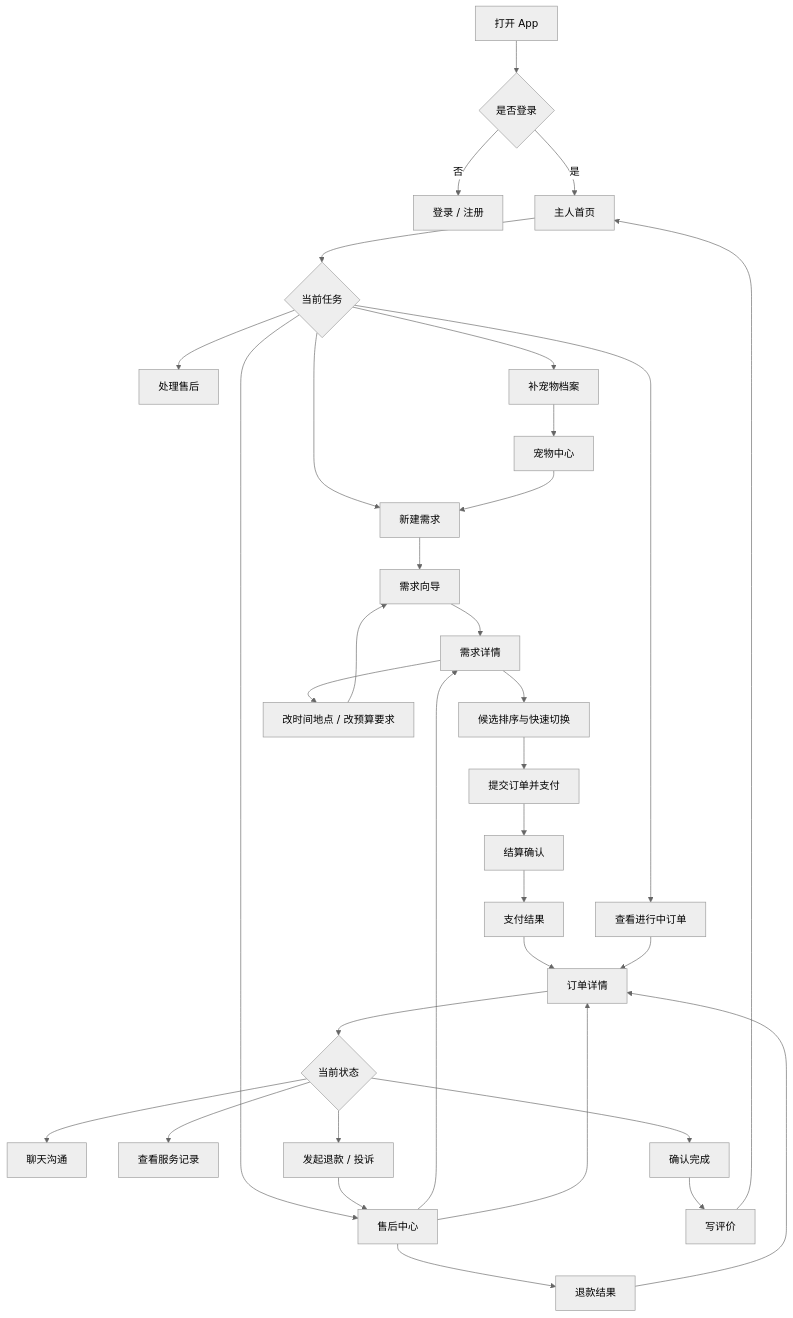
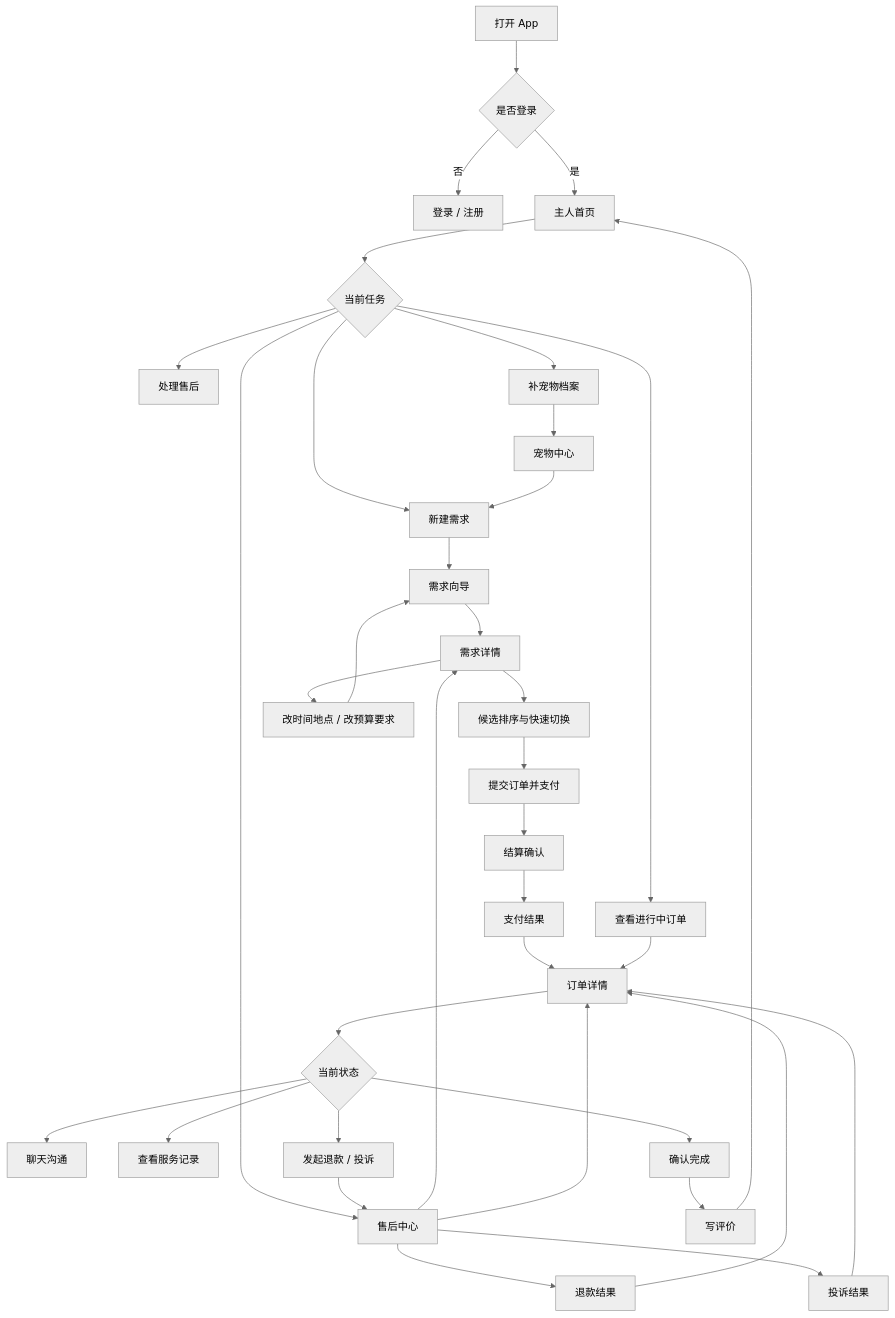
Before and after one commit to pqcqaq/PetPal: the first of 10 diagrams in apps/docs/project/PetPal-Frontend-Blueprint.md, drawn with Mermaid (neutral theme). The commit also changed other lines of this file and 10 other files, not shown here.

````diff
--- a/apps/docs/project/PetPal-Frontend-Blueprint.md
+++ b/apps/docs/project/PetPal-Frontend-Blueprint.md
@@ -86,36 +86,38 @@
 ```mermaid
 flowchart TD
     A[打开 App] --> B{是否登录}
     B -- 否 --> C[登录 / 注册]
     B -- 是 --> D[主人首页]
     D --> E{当前任务}
     E --> F[新建需求]
     E --> G[查看进行中订单]
     E --> H[处理售后]
     E --> I[补宠物档案]
     E --> W[继续已有需求]
     I --> J[宠物中心]
     J --> F
     F --> K[需求向导]
     K --> X[需求详情]
     W --> X
     X --> L[候选排序与快速切换]
     L --> M[提交订单并支付]
     X --> Y[改时间地点 / 改预算要求]
     Y --> K
     M --> N[结算确认]
     N --> O[支付结果]
     O --> P[订单详情]
     G --> P
     P --> Q{当前状态}
     Q --> R[聊天沟通]
     Q --> S[查看服务记录]
     Q --> T[确认完成]
     Q --> U[发起退款 / 投诉]
     T --> V[写评价]
     U --> W[售后中心]
     W --> Z[退款结果]
+    W --> AA[投诉结果]
     Z --> P
+    AA --> P
     V --> D
     W --> P
 ```
````
